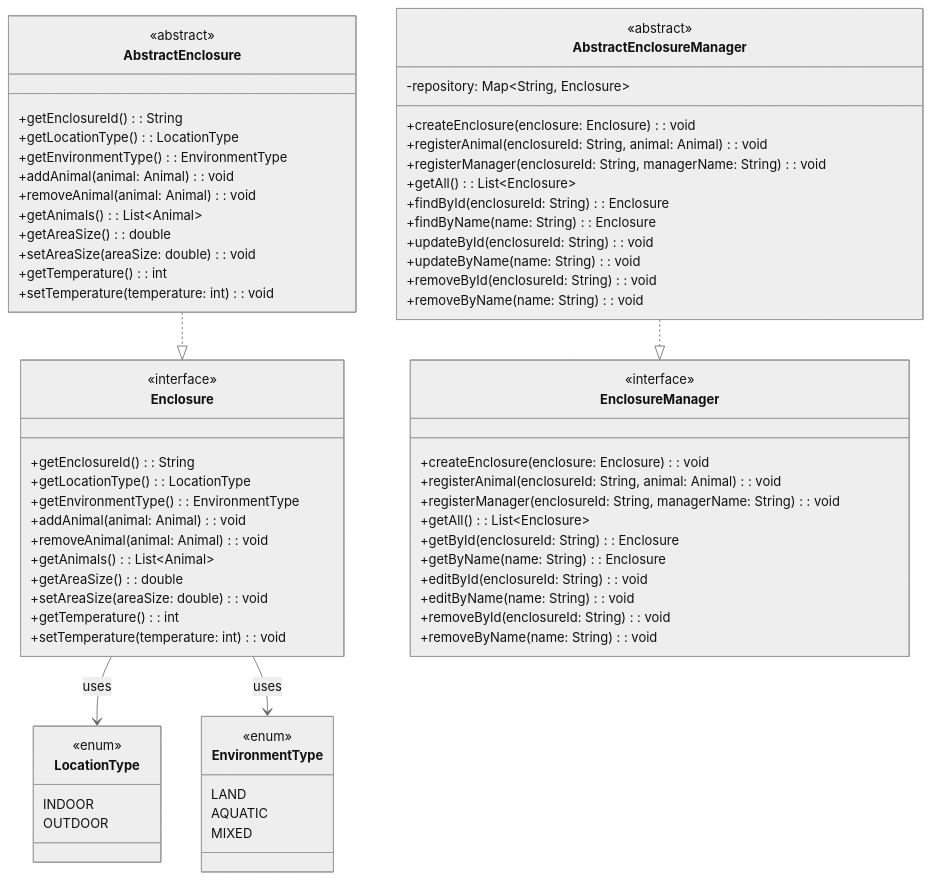
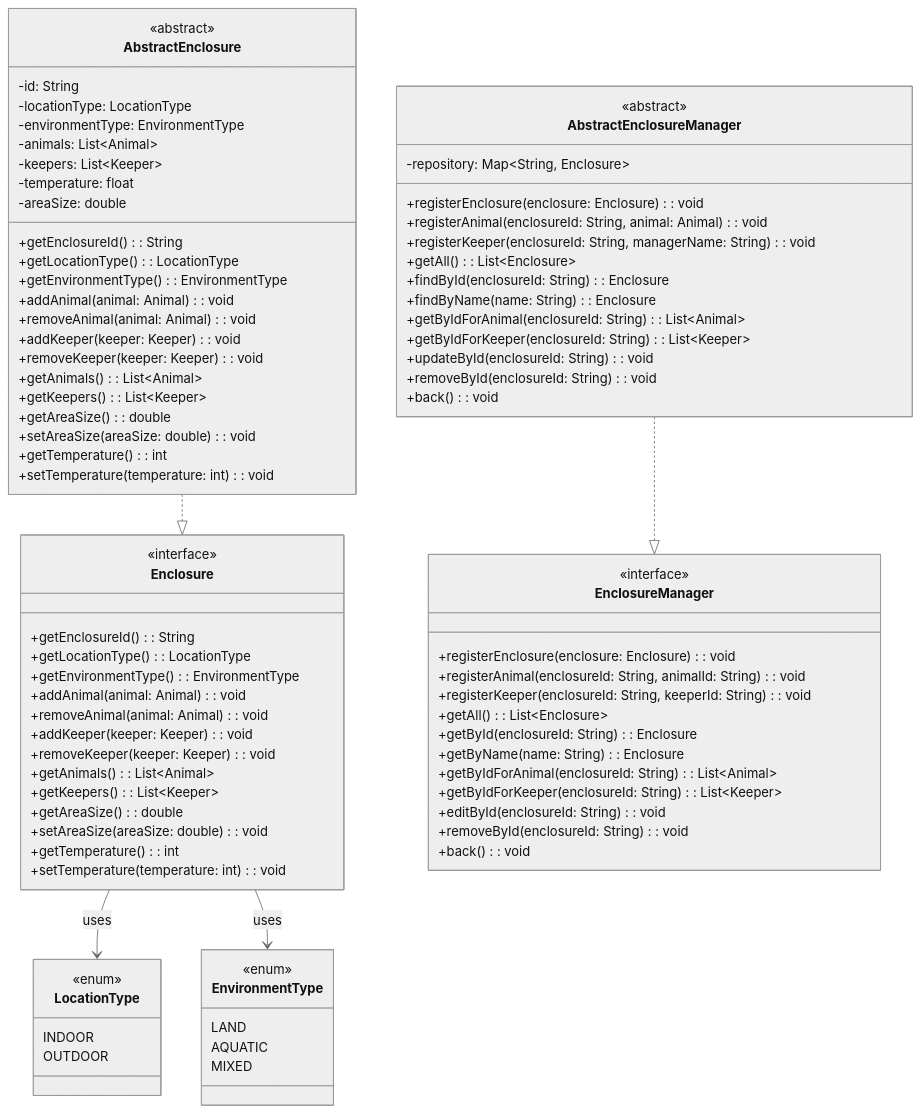
One commit to zionge2k/2nd_brain changed the diagram in til/20250818.md. Above: the diagram before and after it, drawn with Mermaid (neutral theme). The commit also changed other lines of this file and 30 other files, not shown here.

````diff
--- a/til/20250818.md
+++ b/til/20250818.md
@@ -2,17 +2,29 @@
 classDiagram
     class AbstractEnclosure {
         <<abstract>>
+        -id: String
+        -locationType: LocationType
+        -environmentType: EnvironmentType
+        -animals: List~Animal~
+        -keepers: List~Keeper~
+        -temperature: float
+        -areaSize: double
+
         +getEnclosureId(): String
         +getLocationType(): LocationType
         +getEnvironmentType(): EnvironmentType
         +addAnimal(animal: Animal): void
         +removeAnimal(animal: Animal): void
+        +addKeeper(keeper: Keeper): void
+        +removeKeeper(keeper: Keeper): void
         +getAnimals(): List~Animal~
+        +getKeepers(): List~Keeper~
         +getAreaSize(): double
         +setAreaSize(areaSize: double): void
         +getTemperature(): int
         +setTemperature(temperature: int): void
     }
+
 
     class Enclosure {
         <<interface>>
@@ -21,7 +33,10 @@
         +getEnvironmentType(): EnvironmentType
         +addAnimal(animal: Animal): void
         +removeAnimal(animal: Animal): void
+        +addKeeper(keeper: Keeper): void
+        +removeKeeper(keeper: Keeper): void
         +getAnimals(): List~Animal~
+        +getKeepers(): List~Keeper~
         +getAreaSize(): double
         +setAreaSize(areaSize: double): void
         +getTemperature(): int
@@ -47,40 +62,42 @@
 
     class EnclosureManager {
         <<interface>>
-        +createEnclosure(enclosure: Enclosure): void
-        +registerAnimal(enclosureId: String, animal: Animal): void
-        +registerManager(enclosureId: String, managerName: String): void
+        +registerEnclosure(enclosure: Enclosure): void
+        +registerAnimal(enclosureId: String, animalId: String): void
+        +registerKeeper(enclosureId: String, keeperId: String): void
 
         +getAll(): List~Enclosure~
         +getById(enclosureId: String): Enclosure
         +getByName(name: String): Enclosure
 
+        +getByIdForAnimal(enclosureId: String): List~Animal~
+        +getByIdForKeeper(enclosureId: String): List~Keeper~
+
         +editById(enclosureId: String): void
-        +editByName(name: String): void
-
         +removeById(enclosureId: String): void
-        +removeByName(name: String): void
+        +back(): void
     }
 
     class AbstractEnclosureManager {
         <<abstract>>
         -repository: Map~String, Enclosure~
-
-        +createEnclosure(enclosure: Enclosure): void
+        +registerEnclosure(enclosure: Enclosure): void
         +registerAnimal(enclosureId: String, animal: Animal): void
-        +registerManager(enclosureId: String, managerName: String): void
+        +registerKeeper(enclosureId: String, managerName: String): void
 
         +getAll(): List~Enclosure~
         +findById(enclosureId: String): Enclosure
         +findByName(name: String): Enclosure
 
+        +getByIdForAnimal(enclosureId: String): List~Animal~
+        +getByIdForKeeper(enclosureId: String): List~Keeper~
+
         +updateById(enclosureId: String): void
-        +updateByName(name: String): void
-
         +removeById(enclosureId: String): void
-        +removeByName(name: String): void
+        +back(): void
     }
 
     AbstractEnclosureManager ..|> EnclosureManager
 
+
 ```
````
